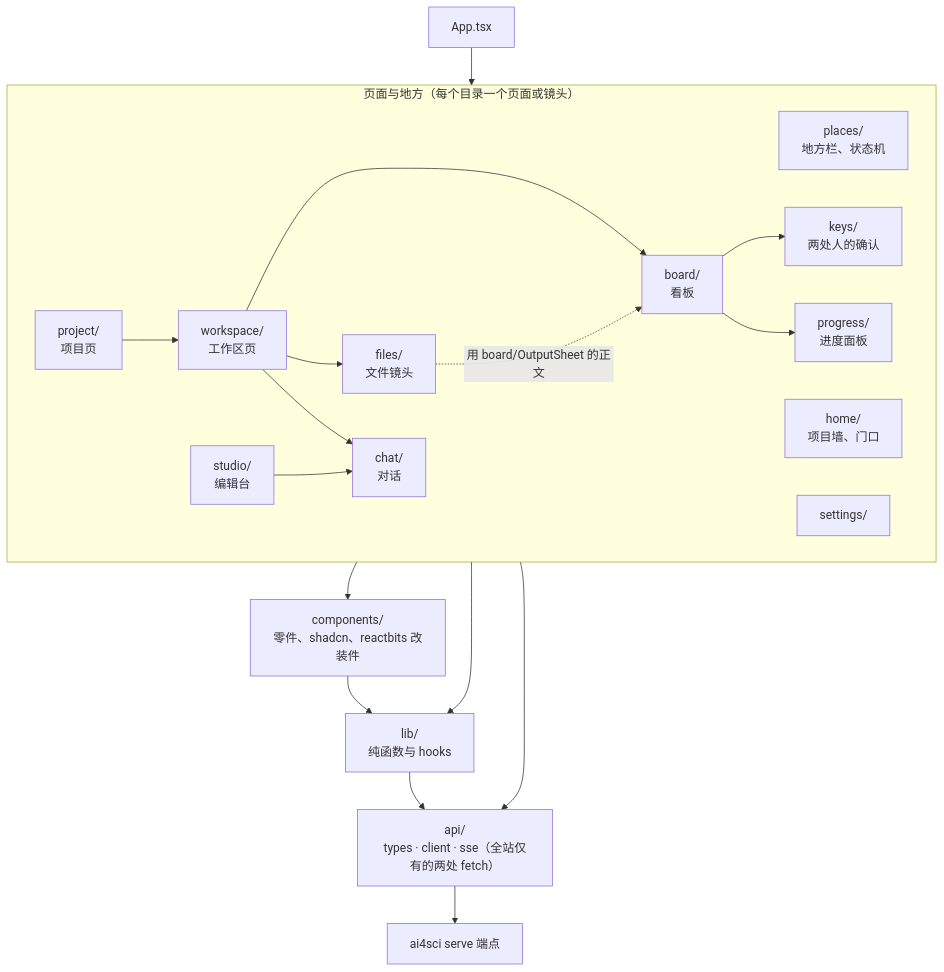
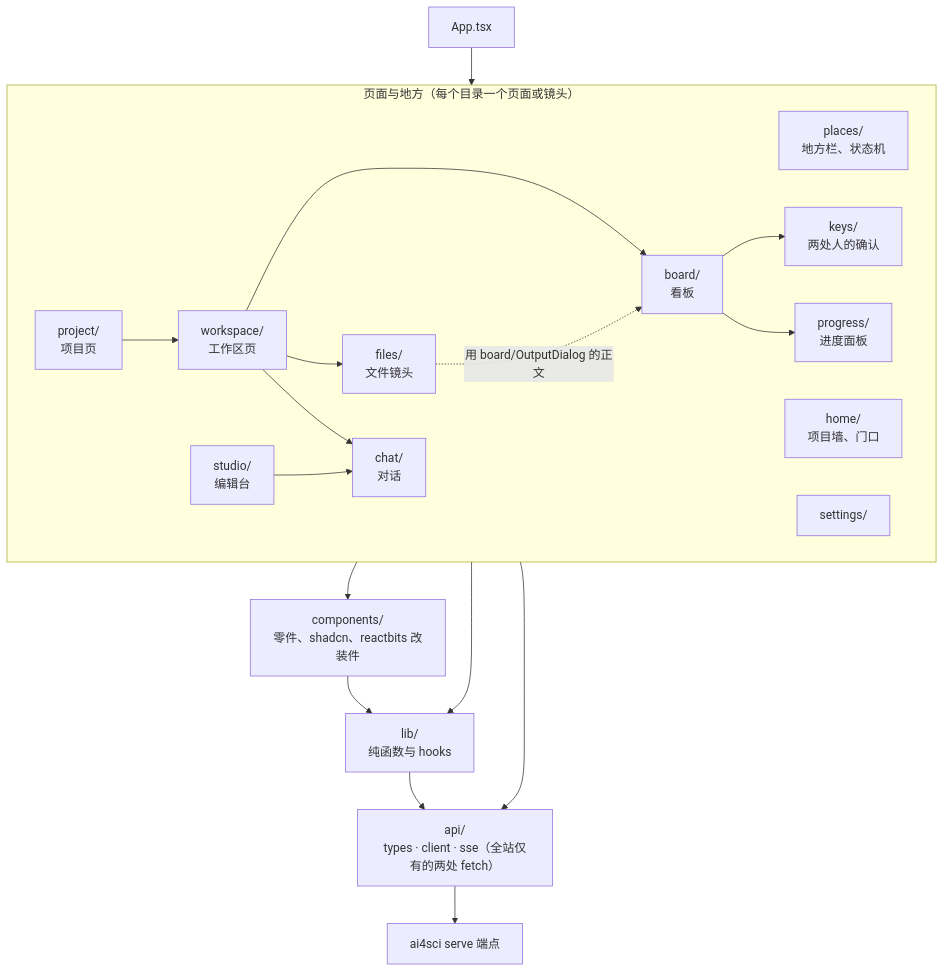
The second of 2 diagrams in ui/README.md (zephyr4123/TJU-AI4Science-Platform), drawn with Mermaid before and after one commit. The commit also changed other lines of this file and 14 other files, not shown here.

````diff
--- a/ui/README.md
+++ b/ui/README.md
@@ -60,37 +60,37 @@
 ```mermaid
 flowchart TB
   APP["App.tsx"]
   subgraph PAGES["页面与地方（每个目录一个页面或镜头）"]
     direction LR
     PLACES["places/<br/>地方栏、状态机"]
     HOME["home/<br/>项目墙、门口"]
     PROJ["project/<br/>项目页"]
     WSP["workspace/<br/>工作区页"]
     BOARD["board/<br/>看板"]
     FILES["files/<br/>文件镜头"]
     CHAT["chat/<br/>对话"]
     STUDIO["studio/<br/>编辑台"]
     SET["settings/"]
     KEYS["keys/<br/>两处人的确认"]
     PROG["progress/<br/>进度面板"]
     PROJ --> WSP
     WSP --> BOARD
     WSP --> FILES
     WSP --> CHAT
     STUDIO --> CHAT
     BOARD --> KEYS
     BOARD --> PROG
-    FILES -. "用 board/OutputSheet 的正文" .-> BOARD
+    FILES -. "用 board/OutputDialog 的正文" .-> BOARD
   end
   COMP["components/<br/>零件、shadcn、reactbits 改装件"]
   LIB["lib/<br/>纯函数与 hooks"]
   API["api/<br/>types · client · sse（全站仅有的两处 fetch）"]
   SRV["ai4sci serve 端点"]
   APP --> PAGES
   PAGES --> COMP
   PAGES --> LIB
   PAGES --> API
   COMP --> LIB
   LIB --> API
   API --> SRV
 ```
````
